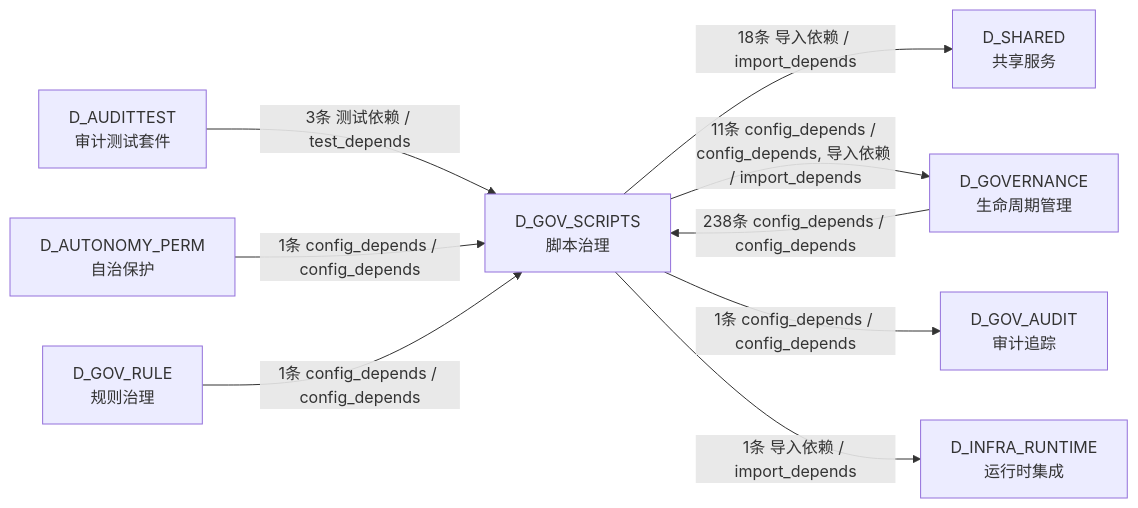
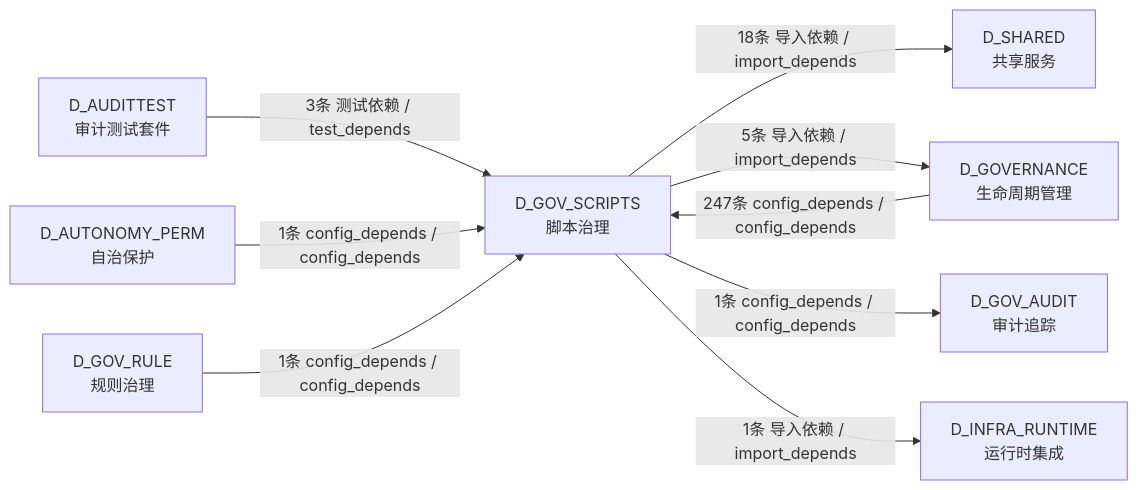
Before and after one commit to xuanFelixVan/ZephyrAlpha: the sixth of 6 diagrams in docs/02_enterprise_architecture/02_domain_architecture_docs/44_d_gov_scripts.md, drawn with Mermaid. The commit also changed other lines of this file and 112 other files, not shown here.

````diff
--- a/docs/02_enterprise_architecture/02_domain_architecture_docs/44_d_gov_scripts.md
+++ b/docs/02_enterprise_architecture/02_domain_architecture_docs/44_d_gov_scripts.md
@@ -956,19 +961,19 @@
 ```mermaid
 graph LR
     D_GOV_SCRIPTS["D_GOV_SCRIPTS<br/>脚本治理"]
     D_SHARED["D_SHARED<br/>共享服务"]
     D_GOVERNANCE["D_GOVERNANCE<br/>生命周期管理"]
     D_GOV_AUDIT["D_GOV_AUDIT<br/>审计追踪"]
     D_INFRA_RUNTIME["D_INFRA_RUNTIME<br/>运行时集成"]
     D_AUDITTEST["D_AUDITTEST<br/>审计测试套件"]
     D_AUTONOMY_PERM["D_AUTONOMY_PERM<br/>自治保护"]
     D_GOV_RULE["D_GOV_RULE<br/>规则治理"]
     D_GOV_SCRIPTS -->|18条 导入依赖 / import_depends| D_SHARED
-    D_GOV_SCRIPTS -->|11条 config_depends / config_depends, 导入依赖 / import_depends| D_GOVERNANCE
+    D_GOV_SCRIPTS -->|5条 导入依赖 / import_depends| D_GOVERNANCE
     D_GOV_SCRIPTS -->|1条 config_depends / config_depends| D_GOV_AUDIT
     D_GOV_SCRIPTS -->|1条 导入依赖 / import_depends| D_INFRA_RUNTIME
-    D_GOVERNANCE -->|238条 config_depends / config_depends| D_GOV_SCRIPTS
+    D_GOVERNANCE -->|247条 config_depends / config_depends| D_GOV_SCRIPTS
     D_AUDITTEST -->|3条 测试依赖 / test_depends| D_GOV_SCRIPTS
     D_AUTONOMY_PERM -->|1条 config_depends / config_depends| D_GOV_SCRIPTS
     D_GOV_RULE -->|1条 config_depends / config_depends| D_GOV_SCRIPTS
 ```
````
